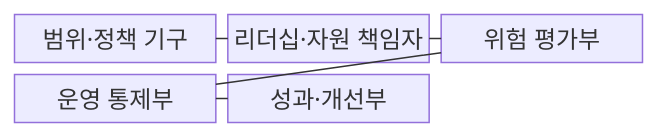
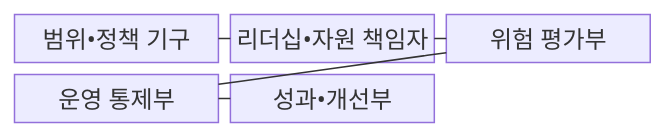
Before and after one commit to agnusdei1207/knowledge-base: the first of 2 diagrams in src/content/docs/notes/08-latest-tech/100_ai_management_system.md, drawn with Mermaid. The commit also changed other lines of this file and 953 other files, not shown here.

````diff
--- a/src/content/docs/notes/08-latest-tech/100_ai_management_system.md
+++ b/src/content/docs/notes/08-latest-tech/100_ai_management_system.md
@@ -72,13 +72,13 @@
 ```mermaid
 block-beta
   columns 3
-  policy["범위·정책 기구"]
-  leadership["리더십·자원 책임자"]
+  policy["범위•정책 기구"]
+  leadership["리더십•자원 책임자"]
   risk["위험 평가부"]
   operation["운영 통제부"]
-  audit["성과·개선부"]
+  audit["성과•개선부"]
   policy --- leadership
   leadership --- risk
   risk --- operation
   operation --- audit
 ```
````
